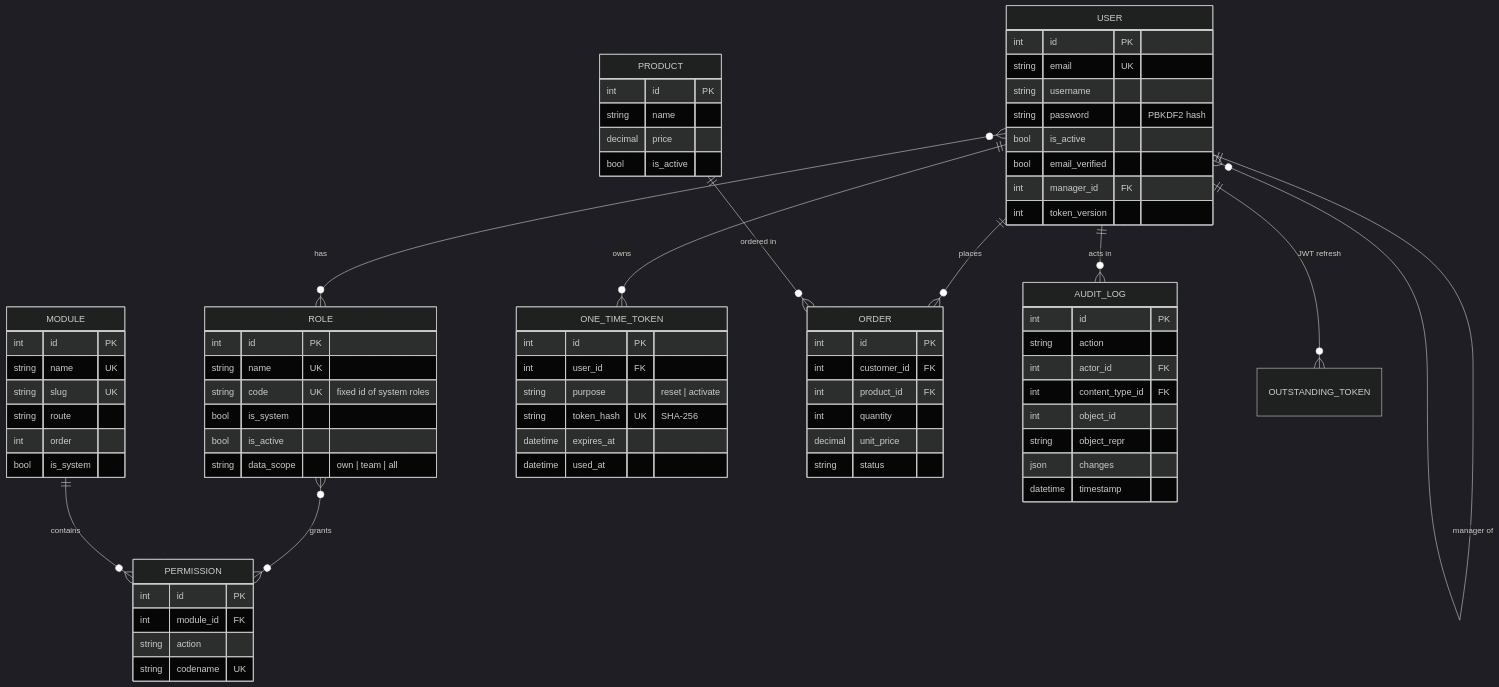
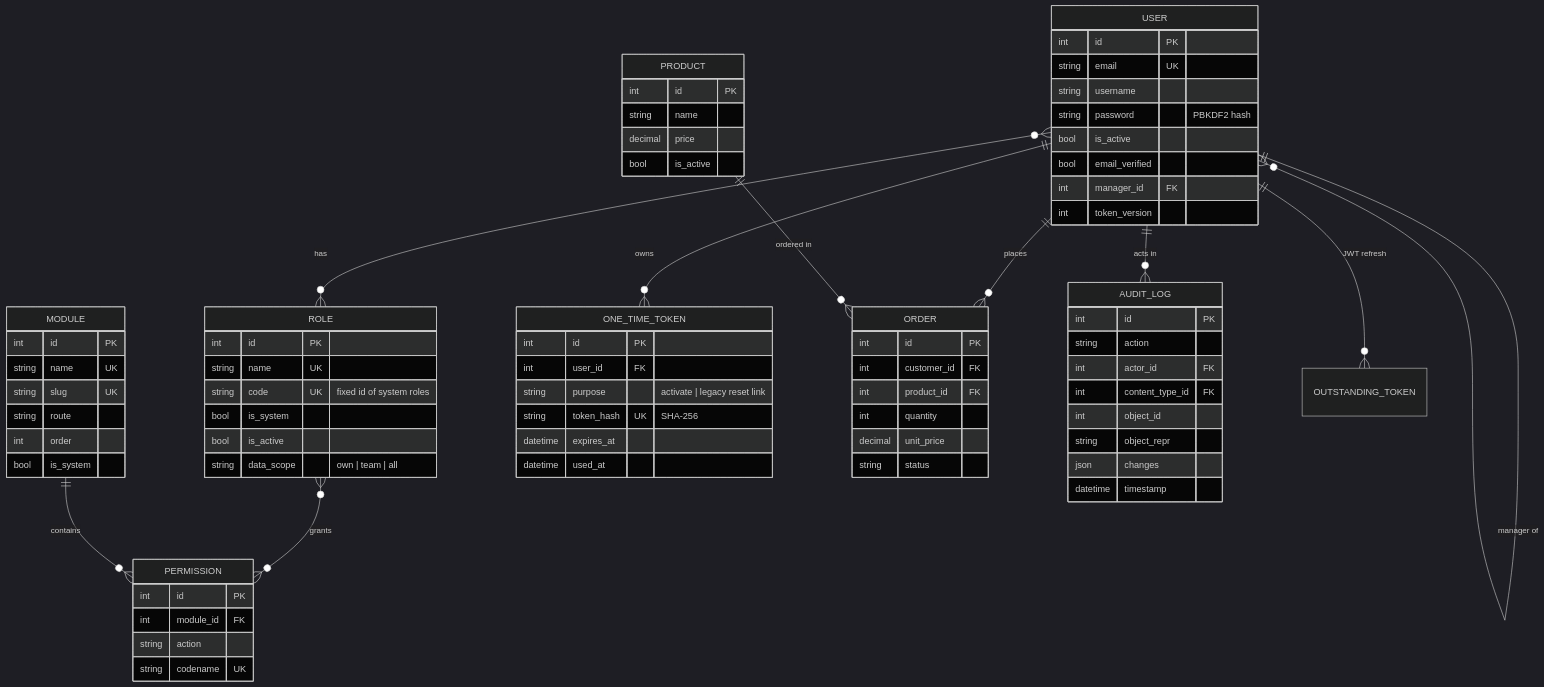
The second of 2 diagrams in README.md (Deepik-a/Enterprise-Authentication-Role-Based-Access-Control-RBAC-System-), drawn with Mermaid (dark theme) before and after one commit. The commit also changed other lines of this file and 80 other files, not shown here.

Commit message:
Harden RBAC authentication and account flows

````diff
--- a/README.md
+++ b/README.md
@@ -148,77 +155,77 @@
 ```mermaid
 erDiagram
     USER ||--o{ USER : "manager of"
     USER }o--o{ ROLE : "has"
     ROLE }o--o{ PERMISSION : "grants"
     MODULE ||--o{ PERMISSION : "contains"
     USER ||--o{ ONE_TIME_TOKEN : "owns"
     USER ||--o{ ORDER : "places"
     PRODUCT ||--o{ ORDER : "ordered in"
     USER ||--o{ AUDIT_LOG : "acts in"
     USER ||--o{ OUTSTANDING_TOKEN : "JWT refresh"
 
     USER {
         int id PK
         string email UK
         string username
         string password "PBKDF2 hash"
         bool is_active
         bool email_verified
         int manager_id FK
         int token_version
     }
     ROLE {
         int id PK
         string name UK
         string code UK "fixed id of system roles"
         bool is_system
         bool is_active
         string data_scope "own | team | all"
     }
     PERMISSION {
         int id PK
         int module_id FK
         string action
         string codename UK
     }
     MODULE {
         int id PK
         string name UK
         string slug UK
         string route
         int order
         bool is_system
     }
     ONE_TIME_TOKEN {
         int id PK
         int user_id FK
-        string purpose "reset | activate"
+        string purpose "activate | legacy reset link"
         string token_hash UK "SHA-256"
         datetime expires_at
         datetime used_at
     }
     PRODUCT {
         int id PK
         string name
         decimal price
         bool is_active
     }
     ORDER {
         int id PK
         int customer_id FK
         int product_id FK
         int quantity
         decimal unit_price
         string status
     }
     AUDIT_LOG {
         int id PK
         string action
         int actor_id FK
         int content_type_id FK
         int object_id
         string object_repr
         json changes
         datetime timestamp
     }
 ```
````
